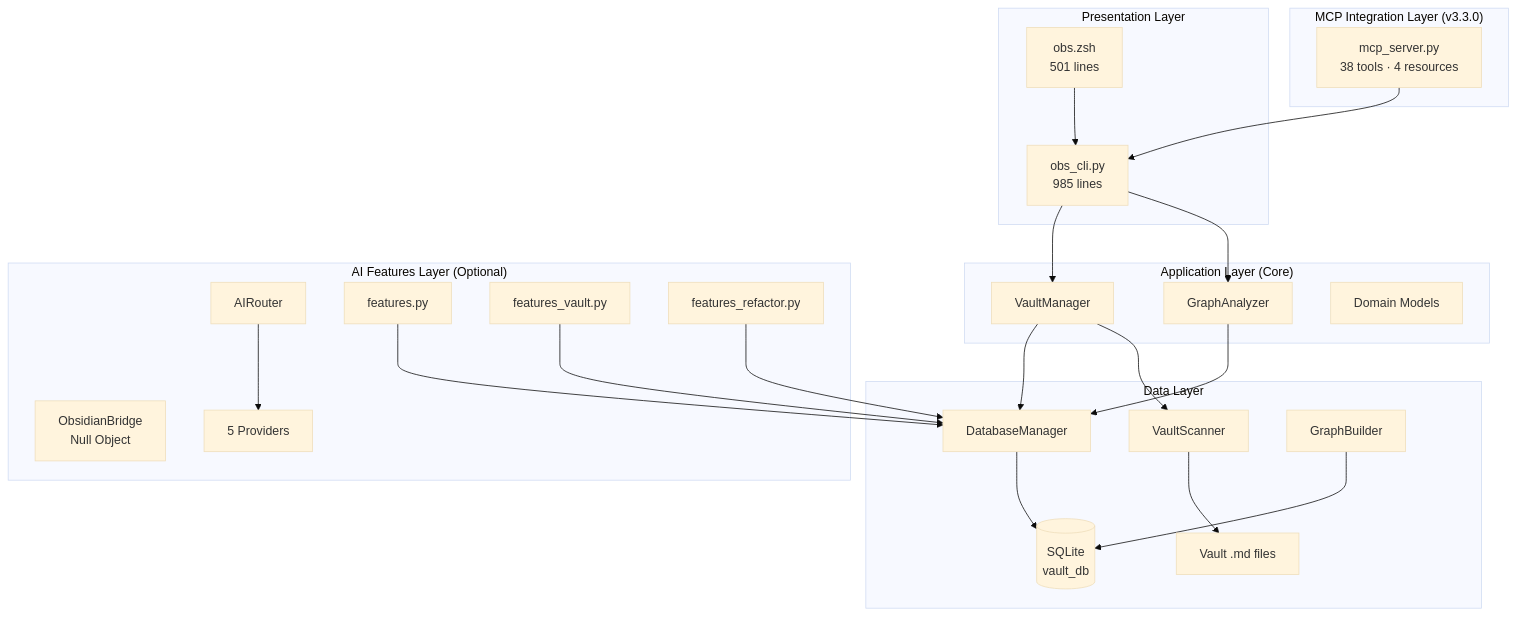
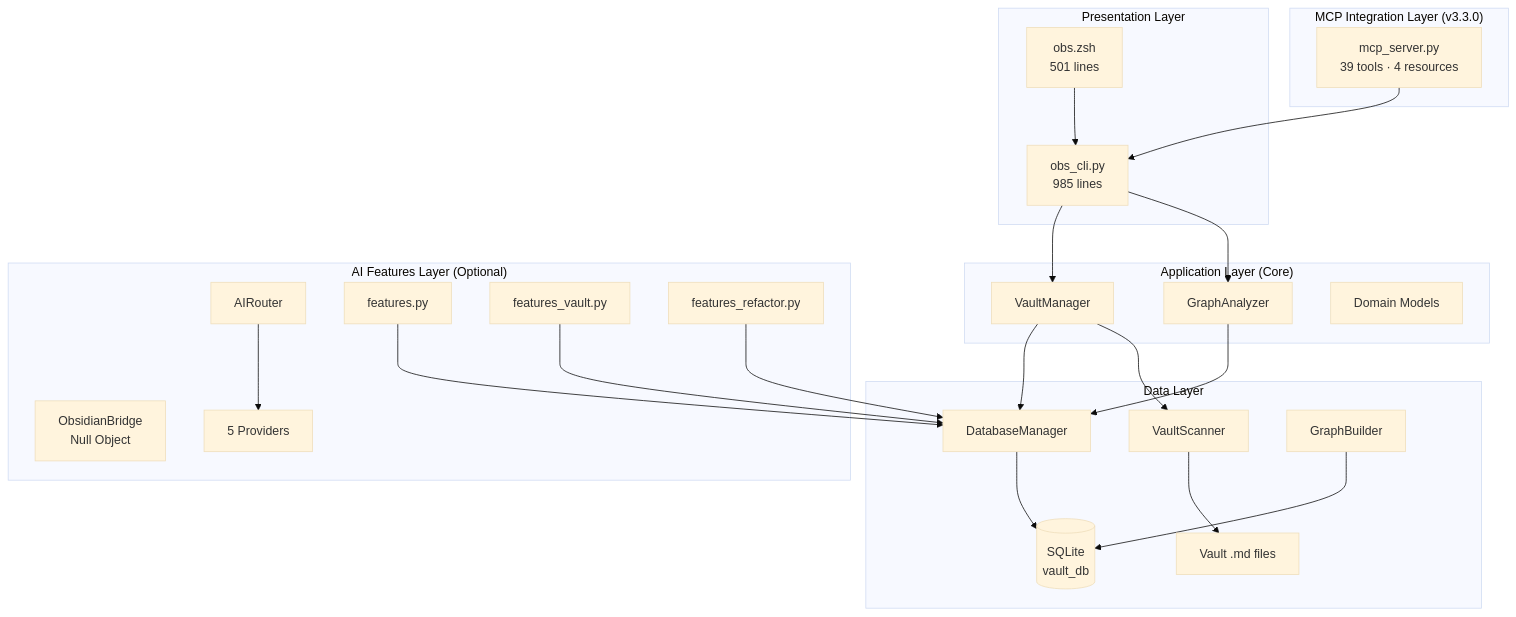
The first of 9 diagrams in docs_mkdocs/developer/architecture.md (Data-Wise/obsidian-cli-ops), drawn with Mermaid (base theme) before and after one commit. The commit also changed other lines of this file and 14 other files, not shown here.

````diff
--- a/docs_mkdocs/developer/architecture.md
+++ b/docs_mkdocs/developer/architecture.md
@@ -11,49 +11,49 @@
 ```mermaid
 flowchart TD
     subgraph Presentation["Presentation Layer"]
         Z[obs.zsh\n501 lines]
         P[obs_cli.py\n985 lines]
     end
 
     subgraph MCP["MCP Integration Layer (v3.3.0)"]
-        M[mcp_server.py\n38 tools · 4 resources]
+        M[mcp_server.py\n39 tools · 4 resources]
     end
 
     subgraph Core["Application Layer (Core)"]
         VM[VaultManager]
         GA[GraphAnalyzer]
         DM[Domain Models]
     end
 
     subgraph AI["AI Features Layer (Optional)"]
         AR[AIRouter]
         FT[features.py]
         FV[features_vault.py]
         FR[features_refactor.py]
         OB[ObsidianBridge\nNull Object]
         PR[5 Providers]
     end
 
     subgraph Data["Data Layer"]
         DB[DatabaseManager]
         VS[VaultScanner]
         GB[GraphBuilder]
         SQ[(SQLite\nvault_db)]
         FS[Vault .md files]
     end
 
     Z --> P
     P --> VM
     P --> GA
     M --> P
     VM --> DB
     GA --> DB
     VM --> VS
     VS --> FS
     FT --> DB
     FV --> DB
     FR --> DB
     AR --> PR
     DB --> SQ
     GB --> SQ
 ```
````
